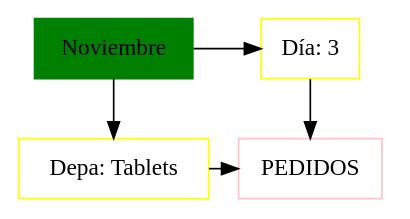
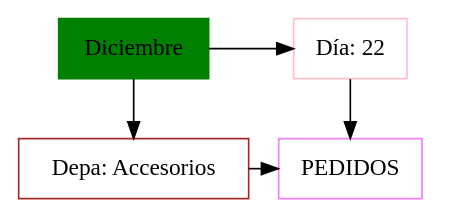
One commit to Daniel-Chicas/EDD_VirtualMall_201807079 changed the diagram in cliente/src/ImagenMatriz/Matriz.dot. Above: the diagram before and after it, drawn with Graphviz. The commit also changed 186 other files, not shown here.

```diff
--- a/cliente/src/ImagenMatriz/Matriz.dot
+++ b/cliente/src/ImagenMatriz/Matriz.dot
@@ -1,15 +1,15 @@
-digraph Daniel200811{
+digraph Daniel200612{
 node[shape=box];
-MT[label="Noviembre", style = filled, color=green, group = 1];
+MT[label="Diciembre", style = filled, color=green, group = 1];
 e0[shape = point, width = 0];
 e0[shape = point, width = 0];
-node0xc000162730[color=yellow, label="Depa: Tablets", group = 1];
-MT->node0xc000162730;
-node0xc000162780[color=yellow, label="Día: 3", group = 2];
-MT->node0xc000162780;
-{rank = same;MT;node0xc000162780;}
-node0xc00016d218[color=pink, label="PEDIDOS", group = 2];
-node0xc000162780->node0xc00016d218;
-node0xc000162730->node0xc00016d218;
-{rank = same;node0xc000162730;node0xc00016d218;}
+node0xc00030e1e0[color=brown, label="Depa: Accesorios", group = 1];
+MT->node0xc00030e1e0;
+node0xc00030e230[color=pink, label="Día: 22", group = 2];
+MT->node0xc00030e230;
+{rank = same;MT;node0xc00030e230;}
+node0xc00016f010[color=violet, label="PEDIDOS", group = 2];
+node0xc00030e230->node0xc00016f010;
+node0xc00030e1e0->node0xc00016f010;
+{rank = same;node0xc00030e1e0;node0xc00016f010;}
 }
```
